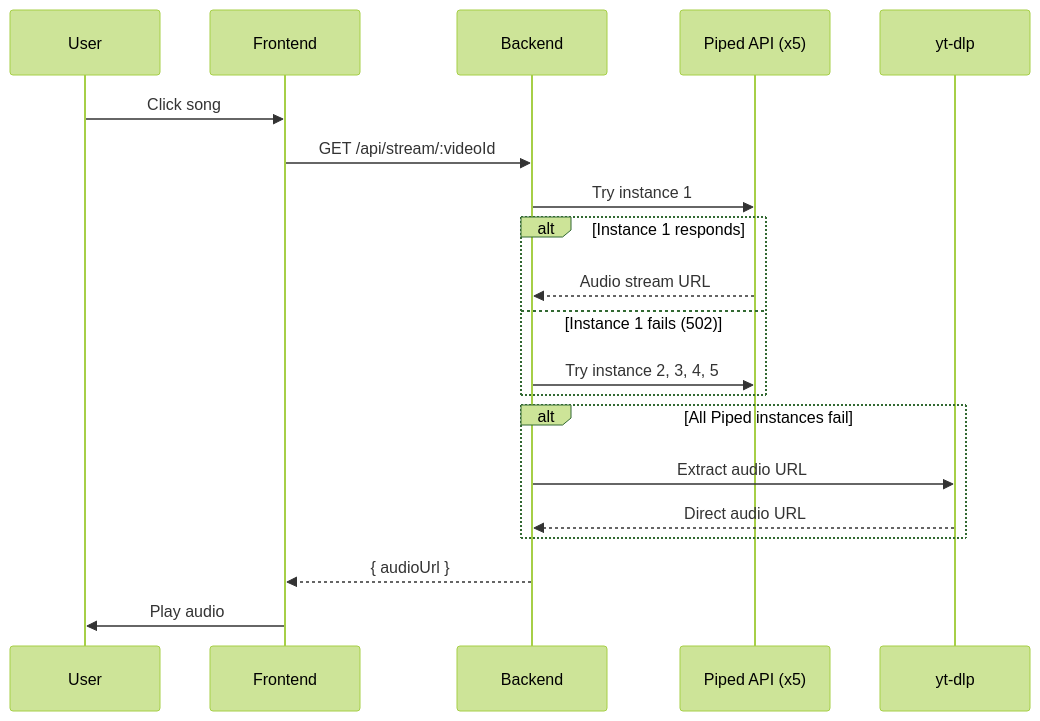
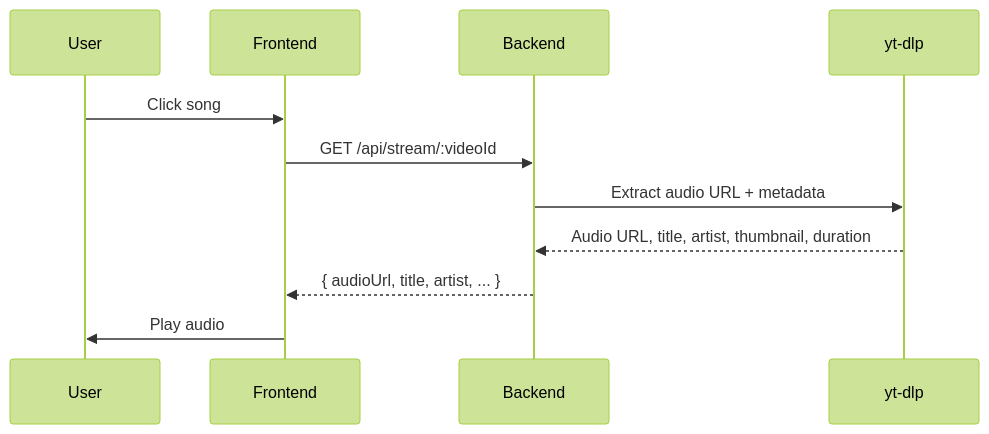
The second of 2 diagrams in README.md (rahullxsharmaa/Music-Player), drawn with Mermaid (forest theme) before and after one commit. The commit also changed other lines of this file and 15 other files, not shown here.

````diff
--- a/README.md
+++ b/README.md
@@ -137,23 +46,14 @@
 ```mermaid
 sequenceDiagram
     participant User
     participant Frontend
     participant Backend
-    participant Piped as Piped API (x5)
     participant YtDlp as yt-dlp
 
     User->>Frontend: Click song
     Frontend->>Backend: GET /api/stream/:videoId
-    Backend->>Piped: Try instance 1
-    alt Instance 1 responds
-        Piped-->>Backend: Audio stream URL
-    else Instance 1 fails (502)
-        Backend->>Piped: Try instance 2, 3, 4, 5
-    end
-    alt All Piped instances fail
-        Backend->>YtDlp: Extract audio URL
-        YtDlp-->>Backend: Direct audio URL
-    end
-    Backend-->>Frontend: { audioUrl }
+    Backend->>YtDlp: Extract audio URL + metadata
+    YtDlp-->>Backend: Audio URL, title, artist, thumbnail, duration
+    Backend-->>Frontend: { audioUrl, title, artist, ... }
     Frontend->>User: Play audio
 ```
````
